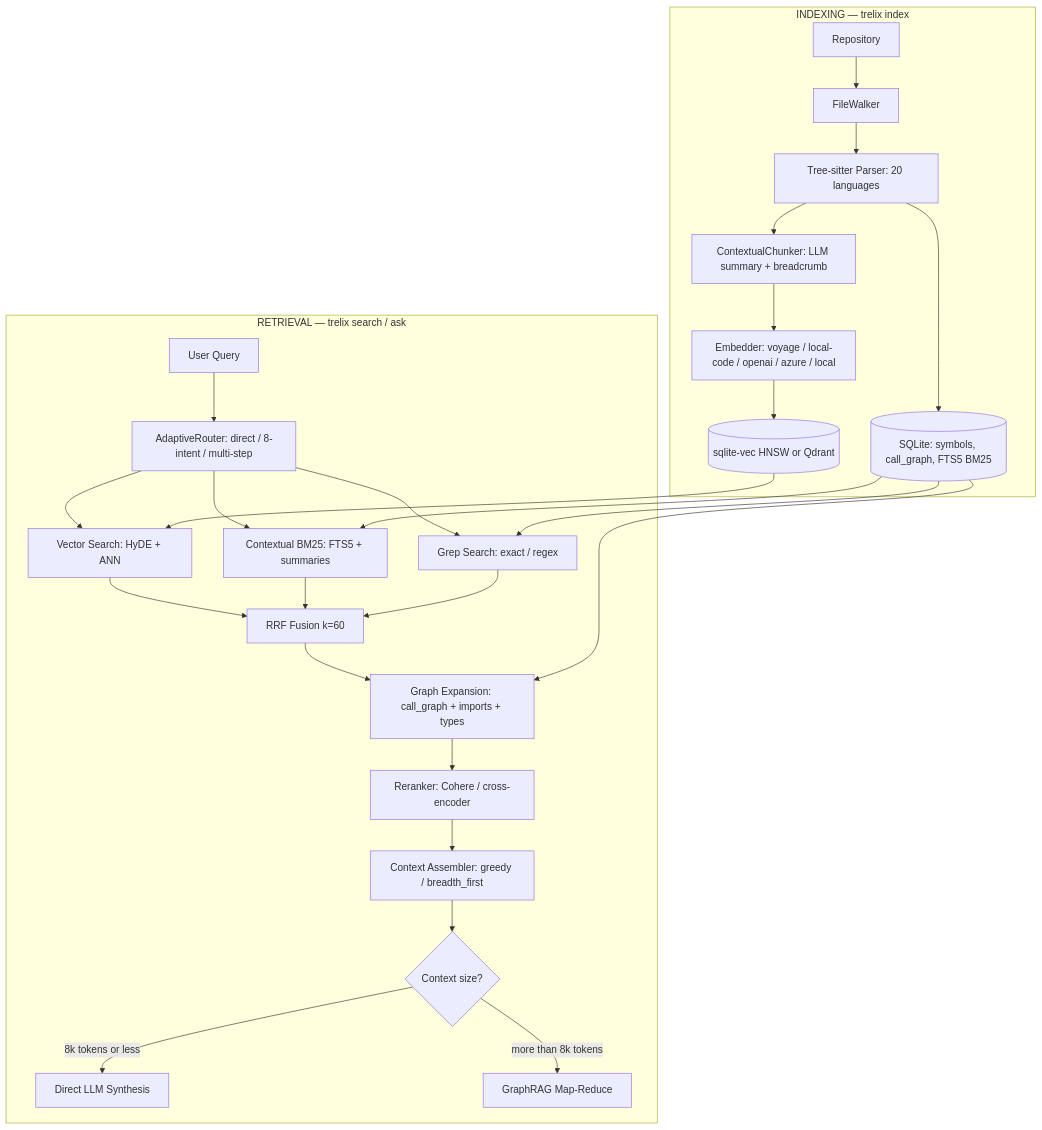
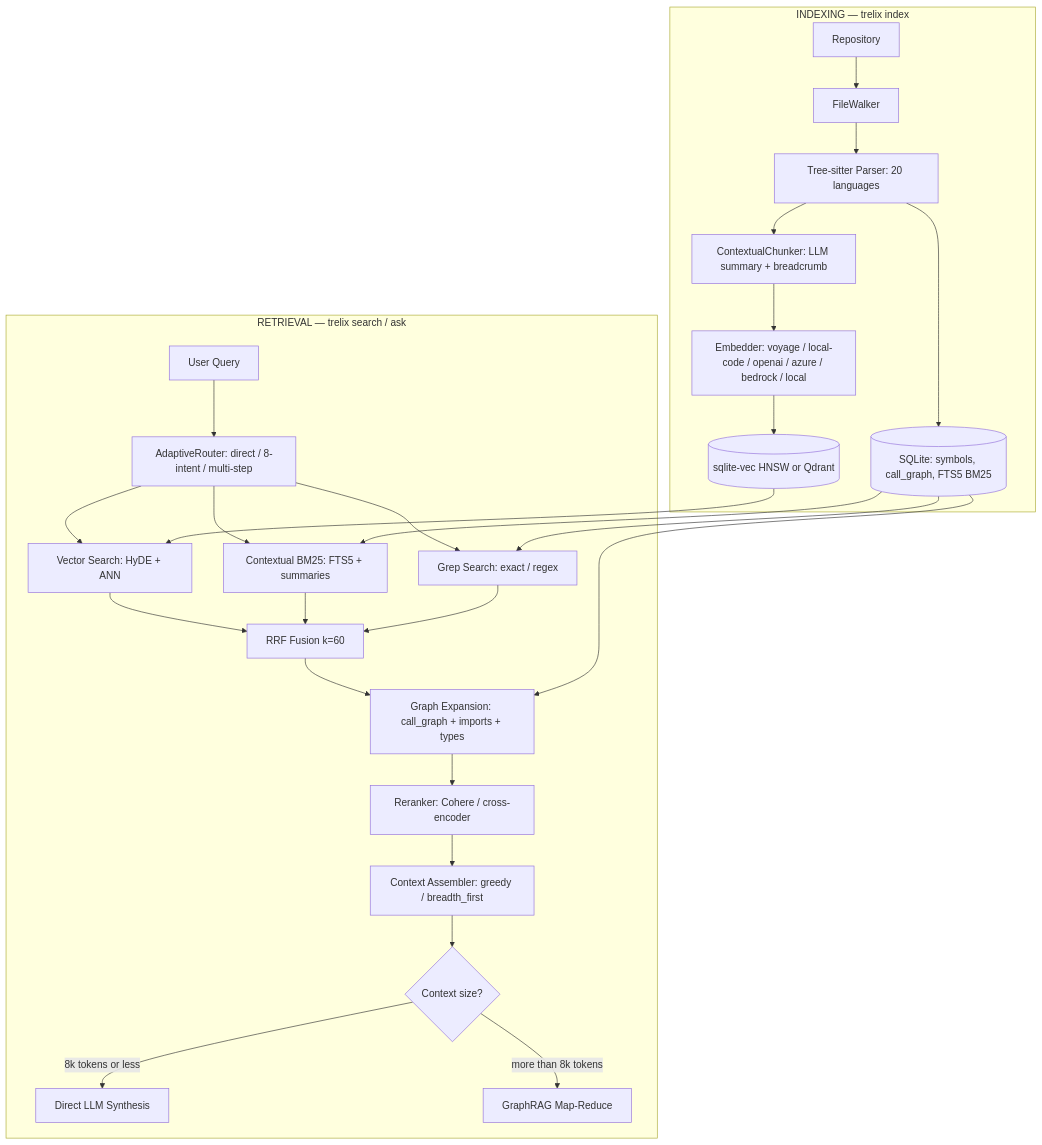
One commit to sairam0424/trelix changed the diagram in README.md. Above: the diagram before and after it, drawn with Mermaid. The commit also changed other lines of this file and 5 other files, not shown here.

````diff
--- a/README.md
+++ b/README.md
@@ -218,32 +255,32 @@
 ```mermaid
 flowchart TD
     subgraph INDEXING["INDEXING — trelix index"]
         A[Repository] --> B[FileWalker]
         B --> C[Tree-sitter Parser: 20 languages]
         C --> D[ContextualChunker: LLM summary + breadcrumb]
-        D --> E[Embedder: voyage / local-code / openai / azure / local]
+        D --> E[Embedder: voyage / local-code / openai / azure / bedrock / local]
         E --> F[(sqlite-vec HNSW or Qdrant)]
         C --> G[(SQLite: symbols, call_graph, FTS5 BM25)]
     end
 
     subgraph RETRIEVAL["RETRIEVAL — trelix search / ask"]
         H[User Query] --> I[AdaptiveRouter: direct / 8-intent / multi-step]
         I --> J[Vector Search: HyDE + ANN]
         I --> K[Contextual BM25: FTS5 + summaries]
         I --> L[Grep Search: exact / regex]
         J --> M[RRF Fusion k=60]
         K --> M
         L --> M
         M --> N[Graph Expansion: call_graph + imports + types]
         N --> O[Reranker: Cohere / cross-encoder]
         O --> P[Context Assembler: greedy / breadth_first]
         P --> Q{Context size?}
         Q -->|8k tokens or less| R[Direct LLM Synthesis]
         Q -->|more than 8k tokens| S[GraphRAG Map-Reduce]
     end
 
     F --> J
     G --> K
     G --> L
     G --> N
 ```
````
